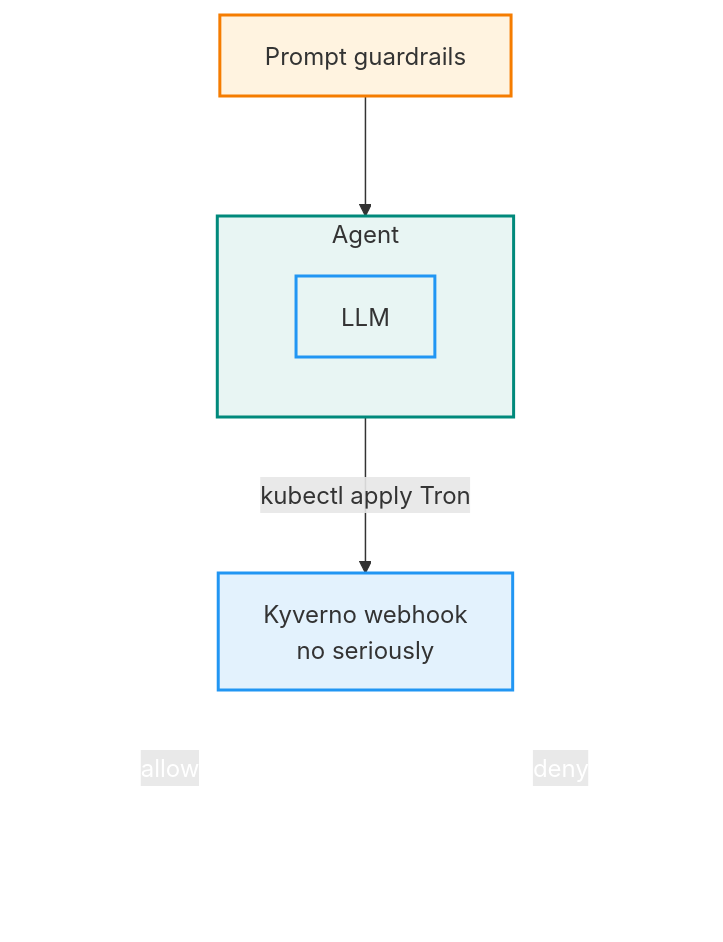
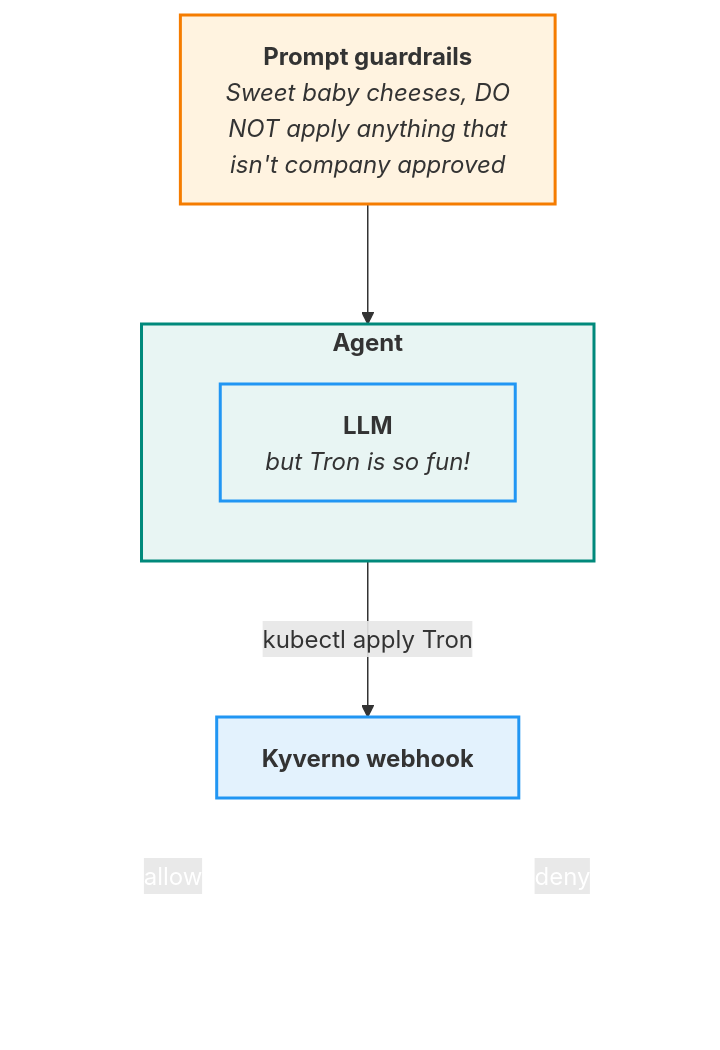
Diagram 18 of 28 in docs/talk/slides-your-platform-next-interface.qmd (wiggitywhitney/cluster-whisperer), drawn with Mermaid before and after one commit. The commit also changed other lines of this file and 10 other files, not shown here.

````diff
--- a/docs/talk/slides-your-platform-next-interface.qmd
+++ b/docs/talk/slides-your-platform-next-interface.qmd
@@ -458,22 +598,25 @@
 ```{mermaid}
 %%{init: {'flowchart': {'nodeSpacing': 60, 'rankSpacing': 80}}}%%
 flowchart TD
-  PG["Prompt guardrails"] --> A
-  A -->|"kubectl apply Tron"| GW["`Kyverno webhook
-no seriously`"]
-  GW -->|"allow"| MAS["ManagedService ✓"]
-  GW -->|"deny"| X["everything else ✗"]
+  PG["`**Prompt guardrails**
+*Sweet baby cheeses, DO
+NOT apply anything that
+isn't company approved*`"] --> A
+  A -->|"kubectl apply Tron"| GW["`**Kyverno webhook**`"]
+  GW -->|"allow"| MAS["`**ManagedService ✓**`"]
+  GW -->|"deny"| X["`**No Tron Allowed**`"]
 
-  subgraph A["Agent"]
-    L["LLM"]
+  subgraph A["`**Agent**`"]
+    L["`**LLM**
+*but Tron is so fun!*`"]
   end
 
   style PG fill:#FFF3E0,stroke:#F57C00,stroke-width:2px
   style A fill:#e8f5f3,stroke:#00897B,stroke-width:2px
   style L fill:#e8f5f3,stroke:#2196F3,stroke-width:2px
   style GW fill:#E3F2FD,stroke:#2196F3,stroke-width:2px
   style MAS fill:white,stroke:white,color:white
   style X fill:white,stroke:white,color:white
   linkStyle 2 stroke:white,color:white,fill:white
   linkStyle 3 stroke:white,color:white,fill:white
 ```
````
